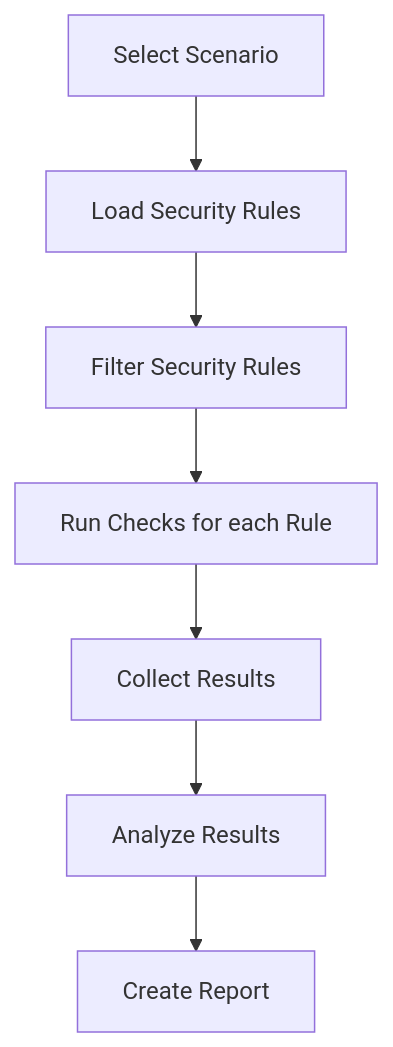
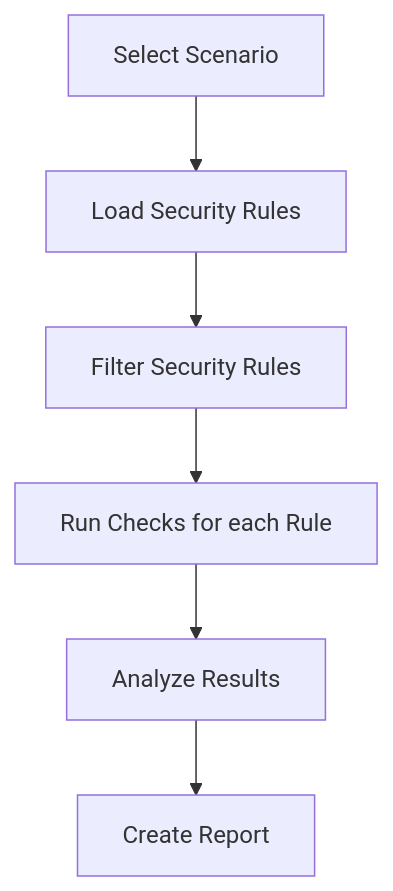
One commit to Kanguros/pins changed the diagram in README.md. Above: the diagram before and after it, drawn with Mermaid. The commit also changed other lines of this file and 4 other files, not shown here.

````diff
--- a/README.md
+++ b/README.md
@@ -27,10 +89,9 @@
 ```mermaid
 flowchart TD
     SelectScenario[Select Scenario]
     SelectScenario --> LoadRules[Load Security Rules]
     LoadRules --> FilterRules[Filter Security Rules]
     FilterRules --> RunChecks[Run Checks for each Rule]
-    RunChecks --> Collect[Collect Results]
-    Collect --> Analyze[Analyze Results]
+    RunChecks --> Analyze[Analyze Results]
     Analyze --> Report[Create Report]
 ```
````
